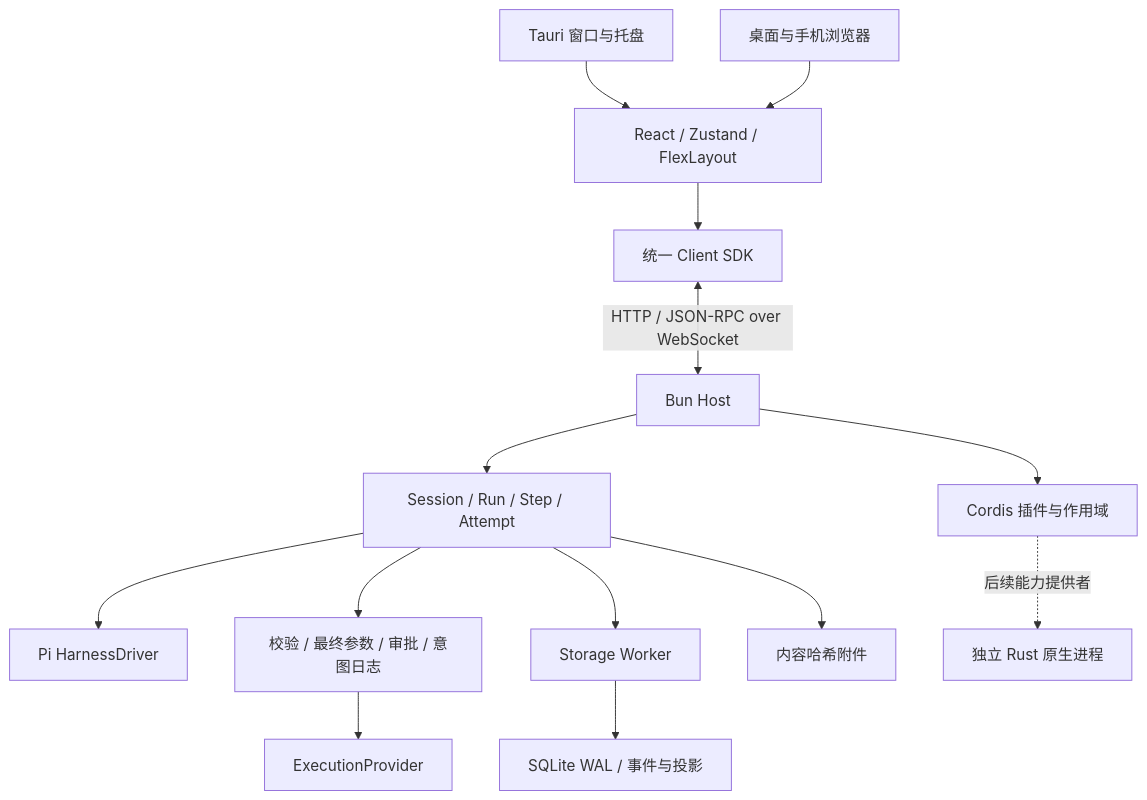
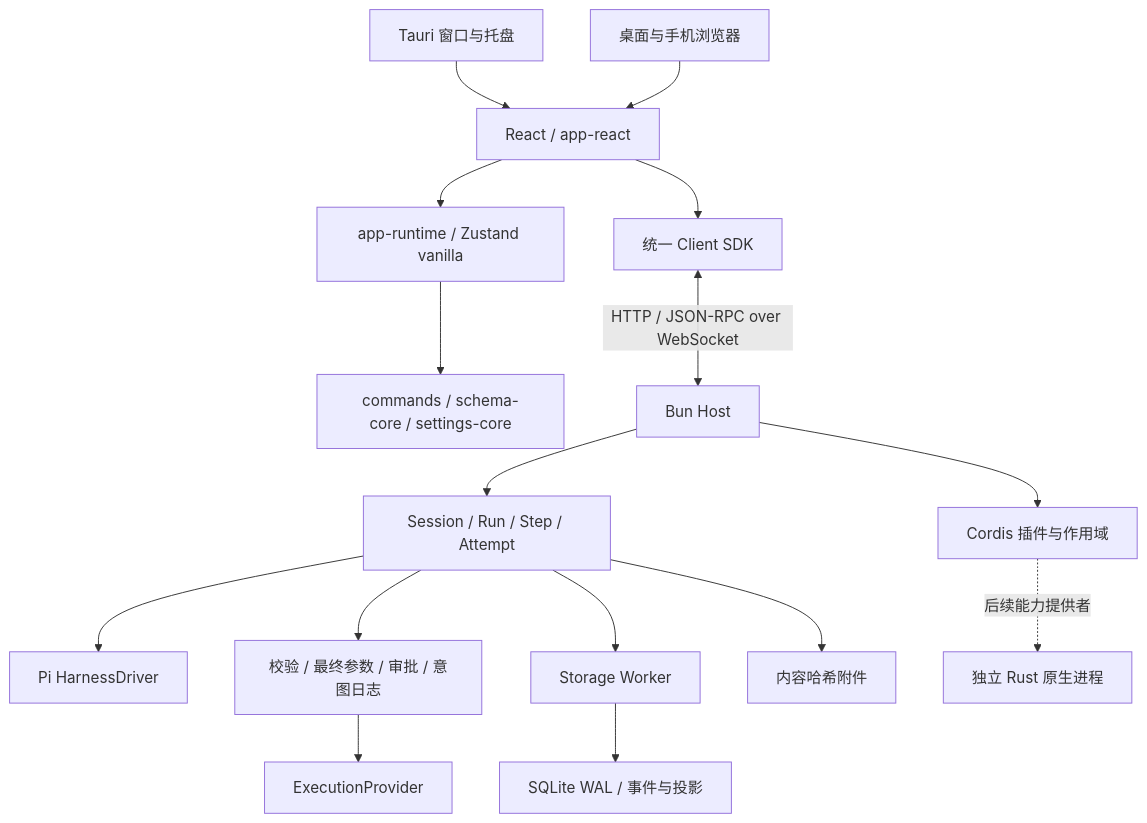
One commit to He-Jiahui/hbar changed the diagram in docs/architecture.md. Above: the diagram before and after it, drawn with Mermaid. The commit also changed other lines of this file and 12 other files, not shown here.

````diff
--- a/docs/architecture.md
+++ b/docs/architecture.md
@@ -7,16 +7,18 @@
 ```mermaid
 flowchart TB
-  Desktop[Tauri 窗口与托盘] --> Web[React / Zustand / FlexLayout]
+  Desktop[Tauri 窗口与托盘] --> Web[React / app-react]
   Browser[桌面与手机浏览器] --> Web
+  Web --> Runtime[app-runtime / Zustand vanilla]
+  Runtime --> Commands[commands / schema-core / settings-core]
   Web --> SDK[统一 Client SDK]
   SDK <-->|HTTP / JSON-RPC over WebSocket| Host[Bun Host]
   Host --> Core[Session / Run / Step / Attempt]
   Host --> Cordis[Cordis 插件与作用域]
   Core --> Driver[Pi HarnessDriver]
   Core --> Gate[校验 / 最终参数 / 审批 / 意图日志]
   Gate --> Exec[ExecutionProvider]
   Core --> Worker[Storage Worker]
   Worker --> SQLite[SQLite WAL / 事件与投影]
   Core --> Assets[内容哈希附件]
   Cordis -.后续能力提供者.-> Native[独立 Rust 原生进程]
 ```
````
